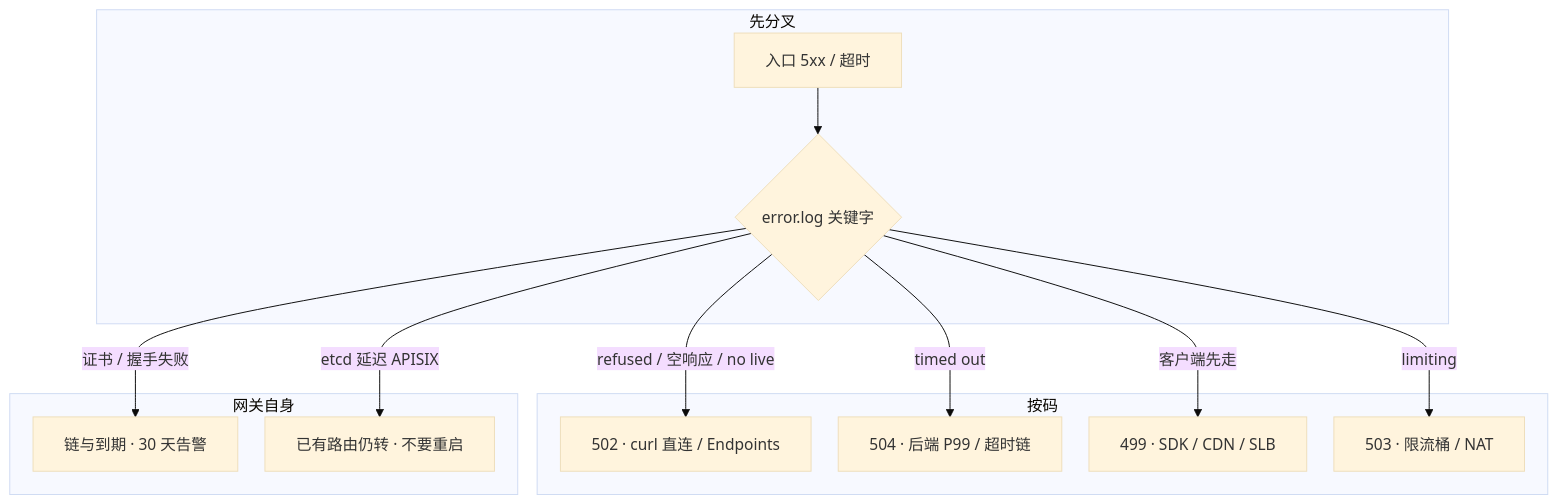
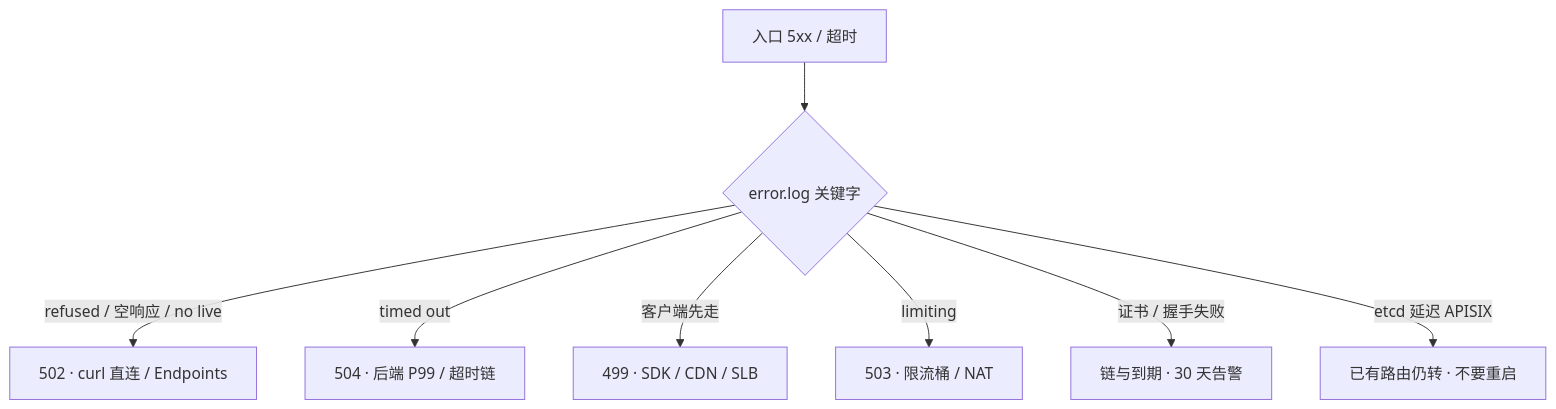
One commit to ml-cuizijun/LearnToLilith changed the tenth of 10 diagrams in 02-中间件与数据库/09-API网关与服务治理/知识点.md. Above: the diagram before and after it, drawn with Mermaid. The commit also changed other lines of this file and 178 other files, not shown here.

````diff
--- a/02-中间件与数据库/09-API网关与服务治理/知识点.md
+++ b/02-中间件与数据库/09-API网关与服务治理/知识点.md
@@ -629,23 +432,10 @@
 ```mermaid
-%%{init: {"flowchart": {"padding": 16, "nodeSpacing": 28, "rankSpacing": 48}, "theme": "base"}}%%
 flowchart TB
-    subgraph gate ["先分叉"]
-        A[入口 5xx / 超时] --> B{error.log 关键字}
-    end
-
-    subgraph codes ["按码"]
-        B -->|refused / 空响应 / no live| C[502 · curl 直连 / Endpoints]
-        B -->|timed out| D[504 · 后端 P99 / 超时链]
-        B -->|客户端先走| E[499 · SDK / CDN / SLB]
-        B -->|limiting| F[503 · 限流桶 / NAT]
-    end
-
-    subgraph other ["网关自身"]
-        B -->|证书 / 握手失败| G[链与到期 · 30 天告警]
-        B -->|etcd 延迟 APISIX| H[已有路由仍转 · 不要重启]
-    end
-
-    class C,D bad
-    class E,F,G warn
-    class H ok
+    A[入口 5xx / 超时] --> B{error.log 关键字}
+    B -->|refused / 空响应 / no live| C[502 · curl 直连 / Endpoints]
+    B -->|timed out| D[504 · 后端 P99 / 超时链]
+    B -->|客户端先走| E[499 · SDK / CDN / SLB]
+    B -->|limiting| F[503 · 限流桶 / NAT]
+    B -->|证书 / 握手失败| G[链与到期 · 30 天告警]
+    B -->|etcd 延迟 APISIX| H[已有路由仍转 · 不要重启]
 ```
````
